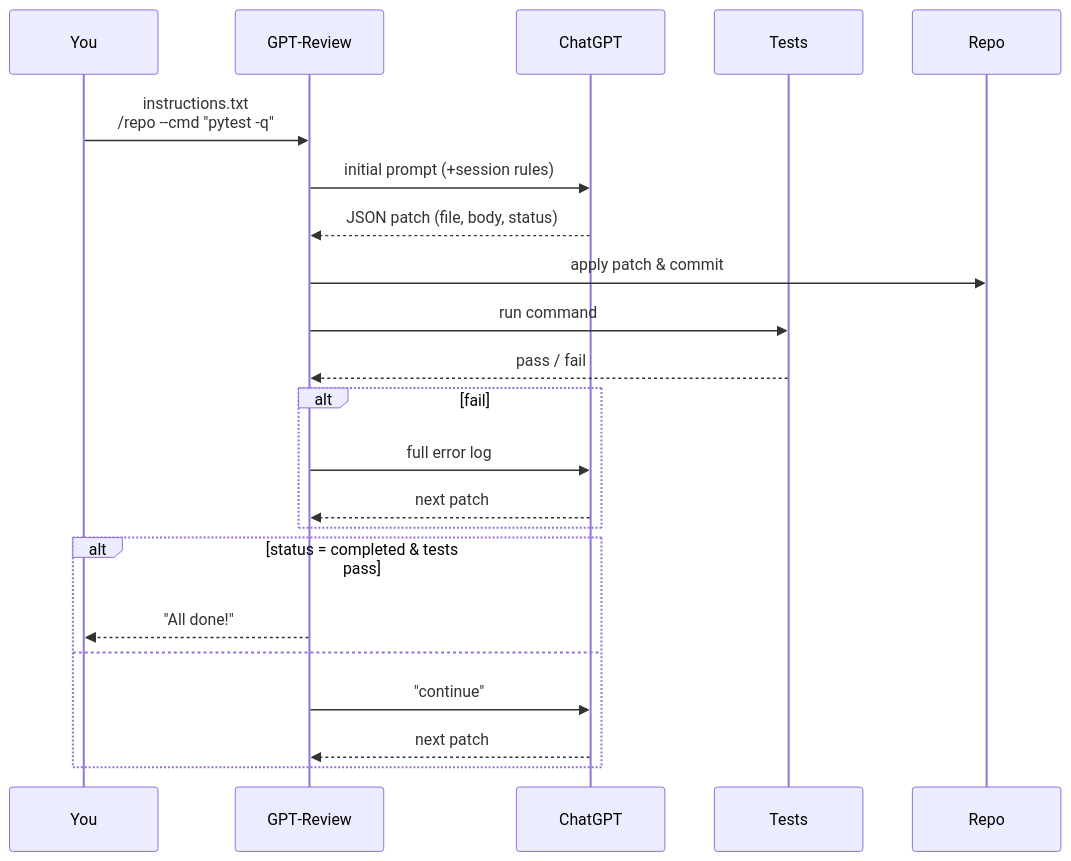
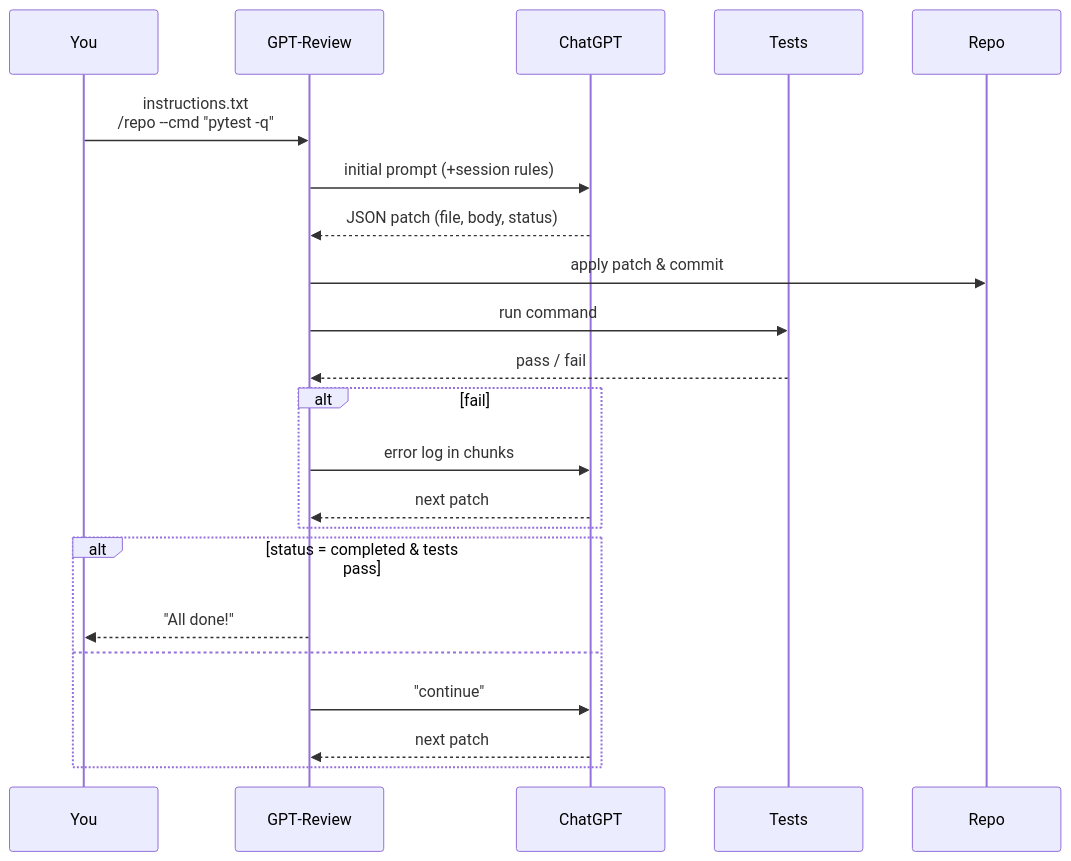
The diagram in README.md (bekirdag/gpt_review), drawn with Mermaid before and after one commit. The commit also changed other lines of this file and 29 other files, not shown here.

````diff
--- a/README.md
+++ b/README.md
@@ -39,24 +46,24 @@
 ```mermaid
 sequenceDiagram
     participant You
     participant GPT‑Review
     participant ChatGPT
     participant Tests
 
     You->>GPT‑Review: instructions.txt<br>/repo --cmd "pytest -q"
     GPT‑Review->>ChatGPT: initial prompt (+session rules)
     ChatGPT-->>GPT‑Review: JSON patch (file, body, status)
     GPT‑Review->>Repo: apply patch & commit
     GPT‑Review->>Tests: run command
     Tests-->>GPT‑Review: pass / fail
     alt fail
-        GPT‑Review->>ChatGPT: full error log
+        GPT‑Review->>ChatGPT: error log in chunks
         ChatGPT-->>GPT‑Review: next patch
     end
     alt status = completed & tests pass
         GPT‑Review-->>You: "All done!"
     else
         GPT‑Review->>ChatGPT: "continue"
         ChatGPT-->>GPT‑Review: next patch
     end
 ```
````
